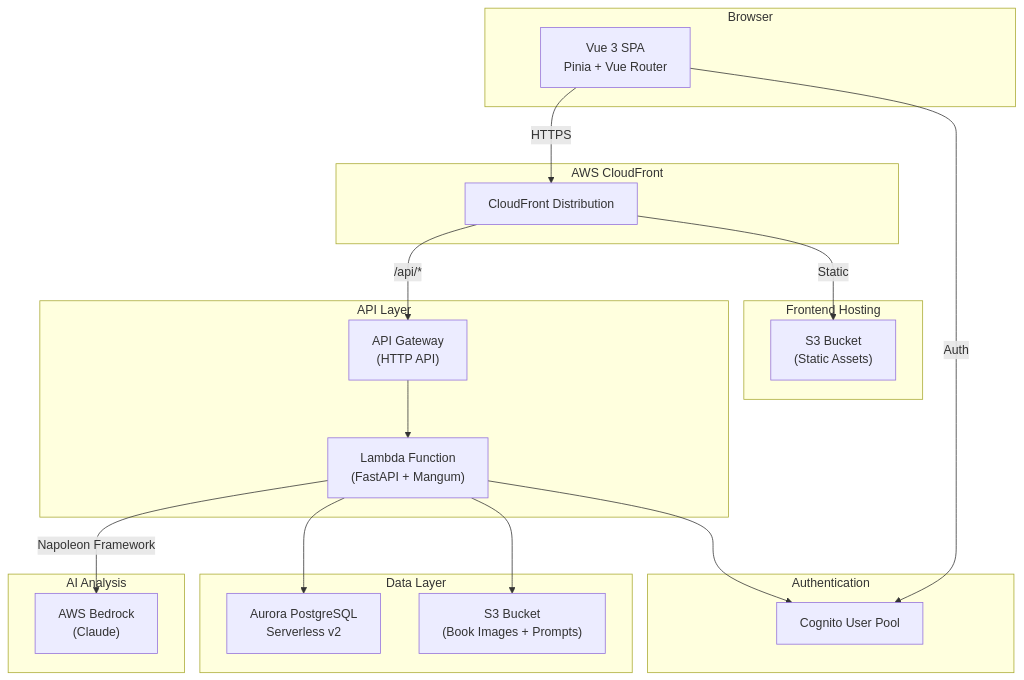
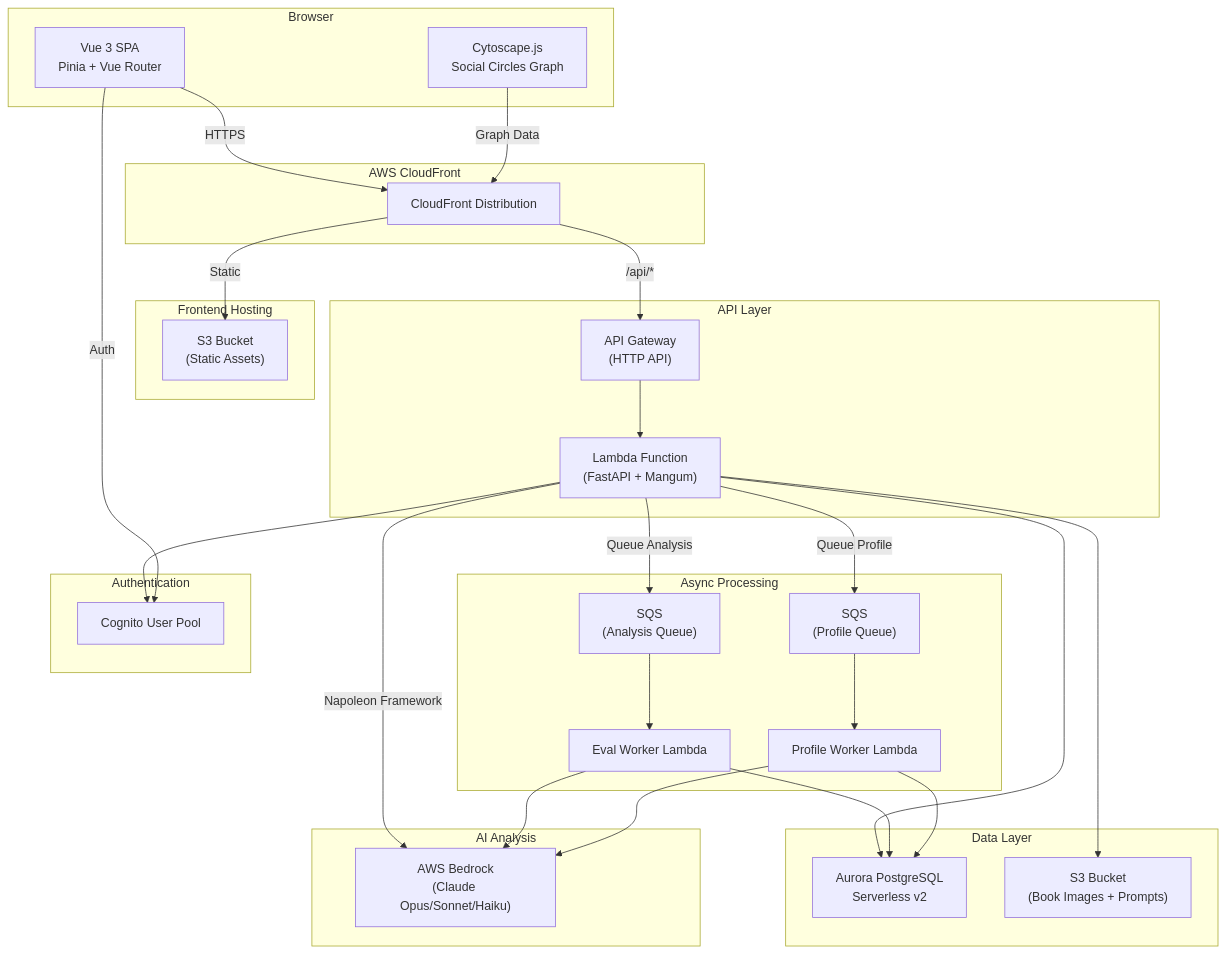
One commit to markthebest12/bluemoxon changed the fifth of 10 diagrams in docs/ARCHITECTURE.md. Above: the diagram before and after it, drawn with Mermaid. The commit also changed other lines of this file and 12 other files, not shown here.

````diff
--- a/docs/ARCHITECTURE.md
+++ b/docs/ARCHITECTURE.md
@@ -266,42 +268,59 @@
 ```mermaid
 flowchart TB
     subgraph Client["Browser"]
         Vue["Vue 3 SPA<br/>Pinia + Vue Router"]
+        Cytoscape["Cytoscape.js<br/>Social Circles Graph"]
     end
 
     subgraph CDN["AWS CloudFront"]
         CF["CloudFront Distribution"]
     end
 
     subgraph Frontend["Frontend Hosting"]
         S3F["S3 Bucket<br/>(Static Assets)"]
     end
 
     subgraph API["API Layer"]
         APIGW["API Gateway<br/>(HTTP API)"]
         Lambda["Lambda Function<br/>(FastAPI + Mangum)"]
     end
 
+    subgraph Async["Async Processing"]
+        SQS_Analysis["SQS<br/>(Analysis Queue)"]
+        SQS_Profile["SQS<br/>(Profile Queue)"]
+        Worker["Eval Worker Lambda"]
+        ProfileWorker["Profile Worker Lambda"]
+    end
+
     subgraph Auth["Authentication"]
         Cognito["Cognito User Pool"]
     end
 
     subgraph Data["Data Layer"]
         Aurora["Aurora PostgreSQL<br/>Serverless v2"]
         S3I["S3 Bucket<br/>(Book Images + Prompts)"]
     end
 
     subgraph AI["AI Analysis"]
-        Bedrock["AWS Bedrock<br/>(Claude)"]
+        Bedrock["AWS Bedrock<br/>(Claude Opus/Sonnet/Haiku)"]
     end
 
     Vue -->|HTTPS| CF
+    Cytoscape -->|Graph Data| CF
     CF -->|Static| S3F
     CF -->|/api/*| APIGW
     APIGW --> Lambda
     Lambda --> Aurora
     Lambda --> S3I
     Lambda --> Cognito
     Lambda -->|Napoleon Framework| Bedrock
+    Lambda -->|Queue Analysis| SQS_Analysis
+    Lambda -->|Queue Profile| SQS_Profile
+    SQS_Analysis --> Worker
+    SQS_Profile --> ProfileWorker
+    Worker --> Bedrock
+    ProfileWorker --> Bedrock
+    Worker --> Aurora
+    ProfileWorker --> Aurora
     Vue -->|Auth| Cognito
 ```
````
